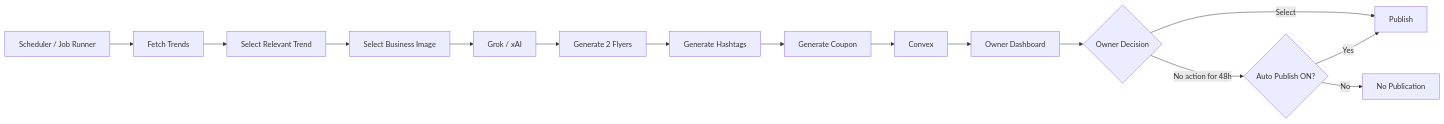
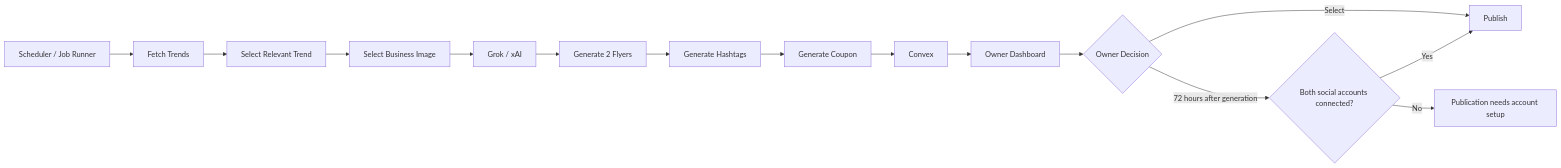
Before and after one commit to Hirak-abc/Eddy: the third of 5 diagrams in docs/ARCHITECTURE.md, drawn with Mermaid. The commit also changed other lines of this file and 76 other files, not shown here.

````diff
--- a/docs/ARCHITECTURE.md
+++ b/docs/ARCHITECTURE.md
@@ -1001,31 +1001,31 @@
 ```mermaid
 flowchart LR
 
     Scheduler["Scheduler / Job Runner"]
         --> Trend["Fetch Trends"]
 
     Trend --> Select["Select Relevant Trend"]
 
     Select --> Image["Select Business Image"]
 
     Image --> AI["Grok / xAI"]
 
     AI --> Flyers["Generate 2 Flyers"]
 
     Flyers --> Tags["Generate Hashtags"]
 
     Tags --> Coupon["Generate Coupon"]
 
     Coupon --> DB["Convex"]
 
     DB --> Dashboard["Owner Dashboard"]
 
     Dashboard --> Decision{"Owner Decision"}
 
     Decision -->|Select| Publish["Publish"]
 
-    Decision -->|No action for 48h| Auto{"Auto Publish ON?"}
+    Decision -->|72 hours after generation| Auto{"Both social accounts connected?"}
 
     Auto -->|Yes| Publish
-    Auto -->|No| End["No Publication"]
+    Auto -->|No| End["Publication needs account setup"]
 ```
````
